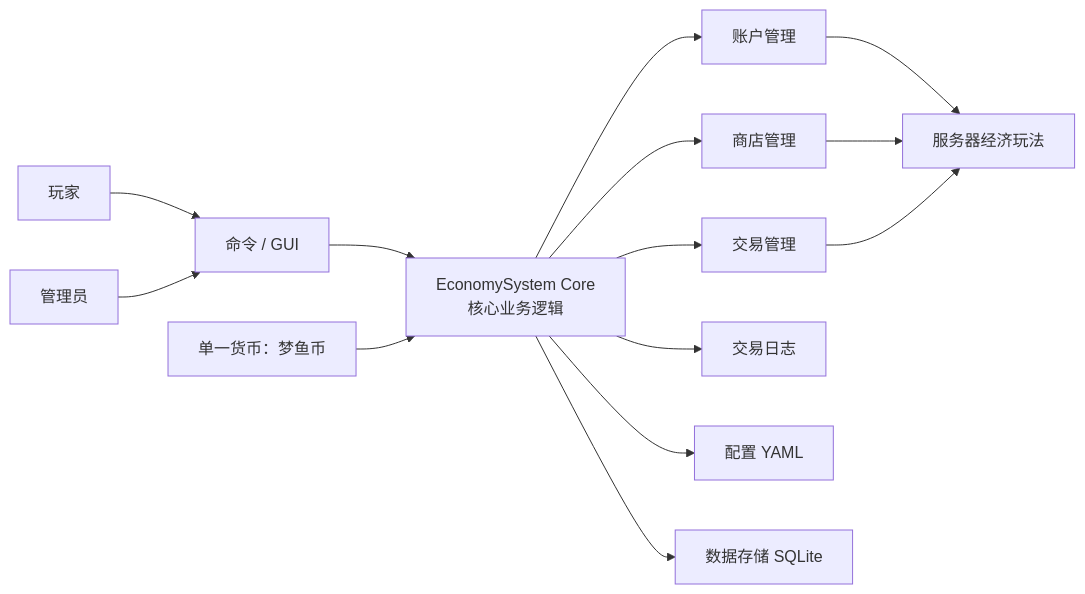
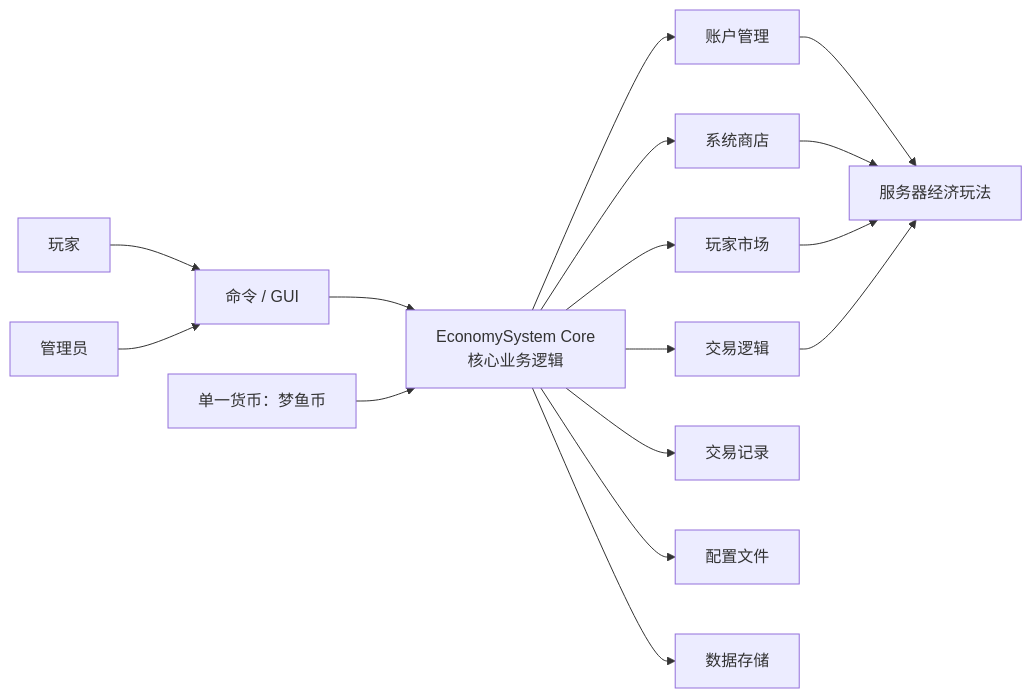
Before and after one commit to QingMo-A/EconomySystem: the diagram in README.md, drawn with Mermaid. The commit also changed other lines of this file, not shown here.

````diff
--- a/README.md
+++ b/README.md
@@ -58,20 +92,22 @@
 ```mermaid
 flowchart LR
     Player[玩家] --> GUI[命令 / GUI]
     Admin[管理员] --> GUI
     GUI --> Core[EconomySystem Core\n核心业务逻辑]
 
     Core --> Account[账户管理]
-    Core --> Shop[商店管理]
-    Core --> Trade[交易管理]
-    Core --> Log[交易日志]
+    Core --> Shop[系统商店]
+    Core --> Market[玩家市场]
+    Core --> Trade[交易逻辑]
+    Core --> Log[交易记录]
 
-    Core --> Config[配置 YAML]
-    Core --> Storage[数据存储 SQLite]
+    Core --> Config[配置文件]
+    Core --> Storage[数据存储]
 
     Account --> Gameplay[服务器经济玩法]
     Shop --> Gameplay
+    Market --> Gameplay
     Trade --> Gameplay
 
     Currency[单一货币：梦鱼币] --> Core
 ```
````
